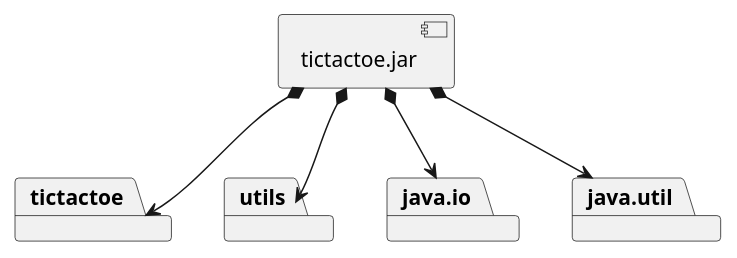
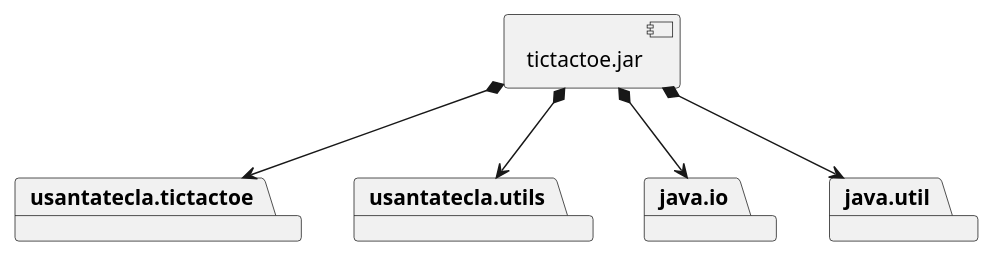
One commit to Jolucaa/USantaTecla-project-ticTacToe changed the first of 2 diagrams in domainModel/docs/diagrams/src/vistas.plantuml. Above: the diagram before and after it, drawn with PlantUML. The commit also changed 10 other files, not shown here.

Commit message:
Fix some diagrams

```diff
--- a/domainModel/docs/diagrams/src/vistas.plantuml
+++ b/domainModel/docs/diagrams/src/vistas.plantuml
@@ -1,17 +1,17 @@
 @startuml desarrollo_implementacion
-package "  "  as tictactoe {
+package "  "  as usantatecla.tictactoe {
 }
-package "  "  as utils {
+package "  "  as usantatecla.utils {
 }
 package "  "  as java.io {
 }
 package "  "  as java.util {
 }
 
 [tictactoe.jar] as jar
 
-jar *--> tictactoe
-jar *--> utils
+jar *--> usantatecla.tictactoe
+jar *--> usantatecla.utils
 jar *--> java.io
 jar *--> java.util
 @enduml
```
